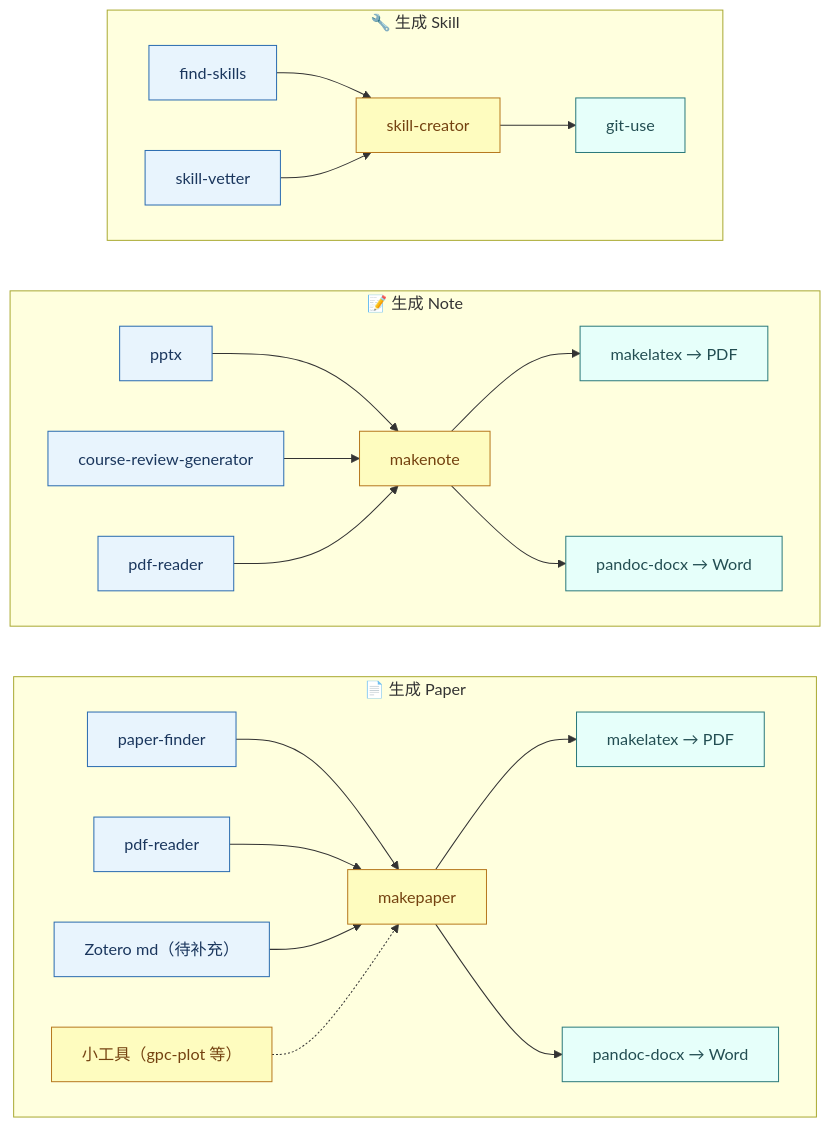
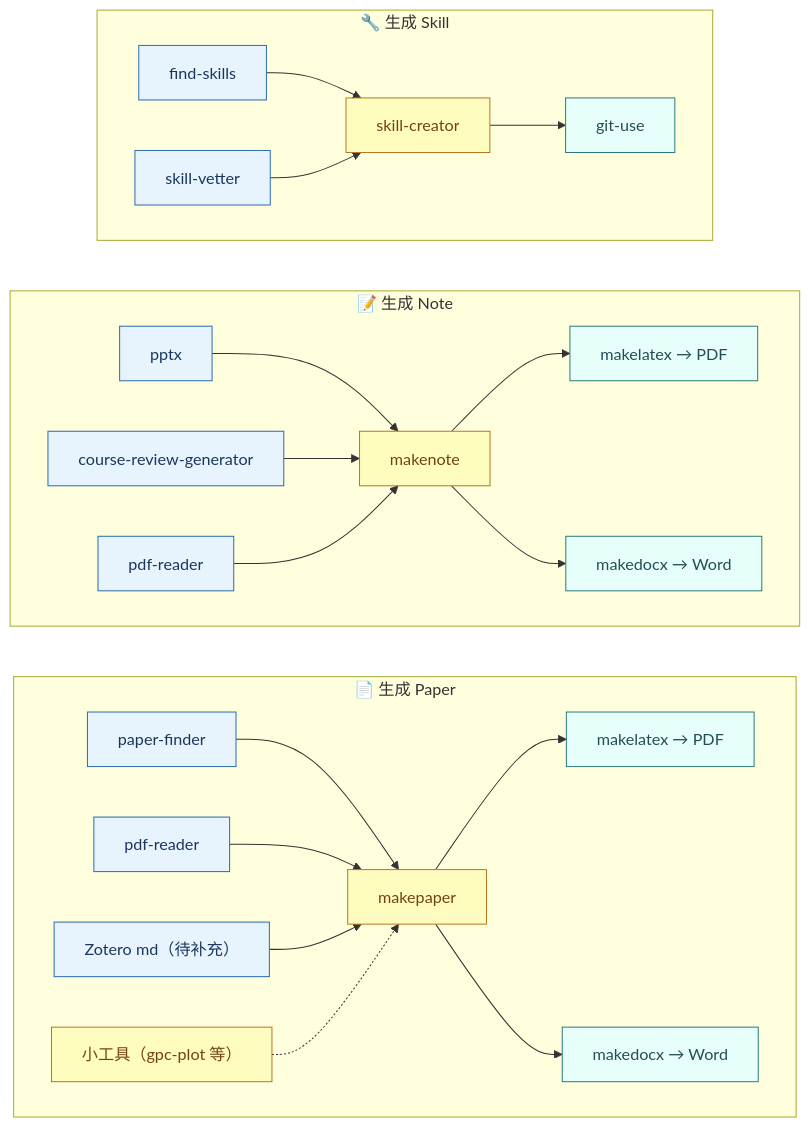
The diagram in README.md (han90059005/han-skills), drawn with Mermaid before and after one commit. The commit also changed other lines of this file and 6 other files, not shown here.

Commit message:
Rename pandoc-docx to makedocx; add input-normalization and output-reliability sections

````diff
--- a/README.md
+++ b/README.md
@@ -25,32 +25,32 @@
 ```mermaid
 flowchart LR
     classDef src fill:#e8f4fd,stroke:#2b6cb0,color:#1a365d
     classDef core fill:#fefcbf,stroke:#b7791f,color:#744210
     classDef out fill:#e6fffa,stroke:#2c7a7b,color:#234e52
 
     subgraph P["📄 生成 Paper"]
         direction LR
         PF["paper-finder"]:::src --> MP["makepaper"]:::core
         PR["pdf-reader"]:::src --> MP
         ZM["Zotero md（待补充）"]:::src --> MP
         TL["小工具（gpc-plot 等）"]:::core -.-> MP
         MP --> ML1["makelatex → PDF"]:::out
-        MP --> PD1["pandoc-docx → Word"]:::out
+        MP --> PD1["makedocx → Word"]:::out
     end
 
     subgraph N["📝 生成 Note"]
         direction LR
         PT["pptx"]:::src --> MN["makenote"]:::core
         CR["course-review-generator"]:::src --> MN
         PR2["pdf-reader"]:::src --> MN
         MN --> ML2["makelatex → PDF"]:::out
-        MN --> PD2["pandoc-docx → Word"]:::out
+        MN --> PD2["makedocx → Word"]:::out
     end
 
     subgraph S["🔧 生成 Skill"]
         direction LR
         FS["find-skills"]:::src --> SC["skill-creator"]:::core
         SV["skill-vetter"]:::src --> SC
         SC --> GU["git-use"]:::out
     end
 ```
````
